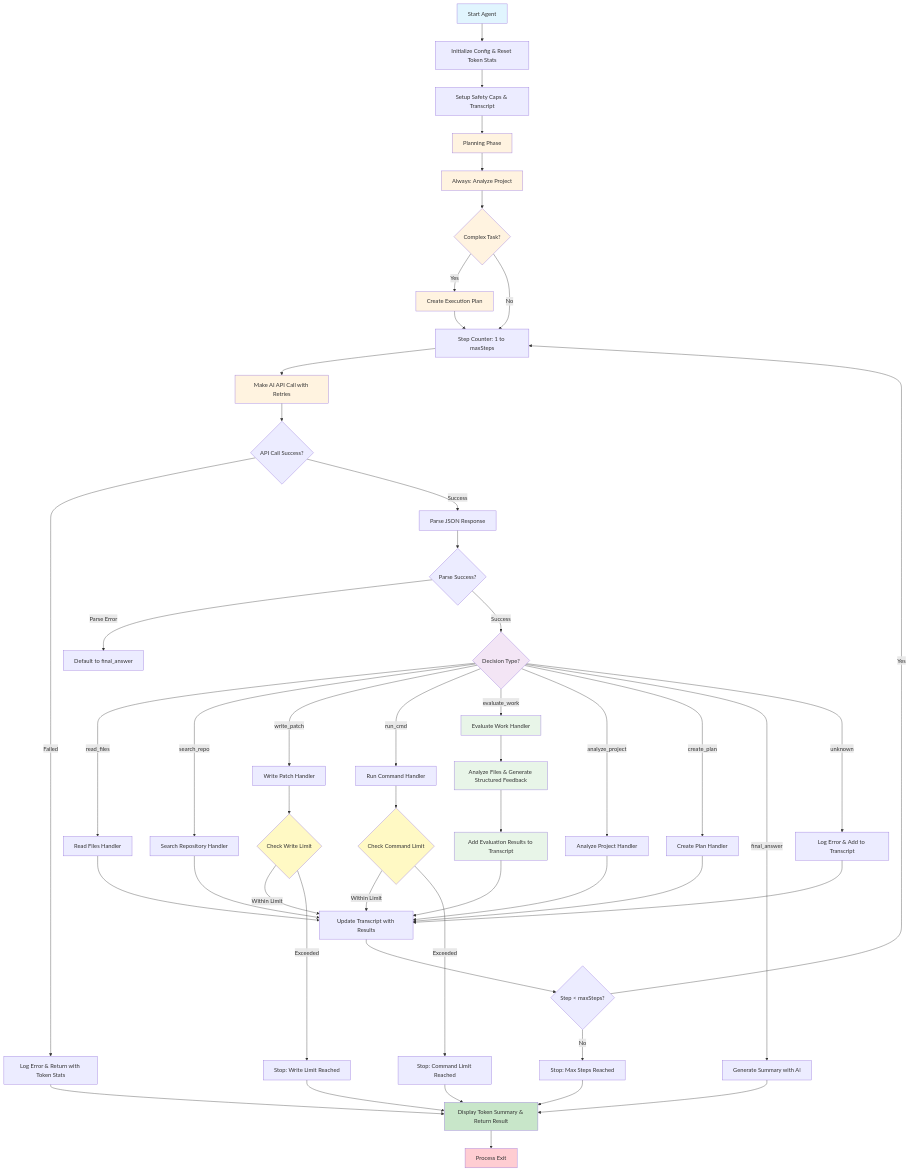
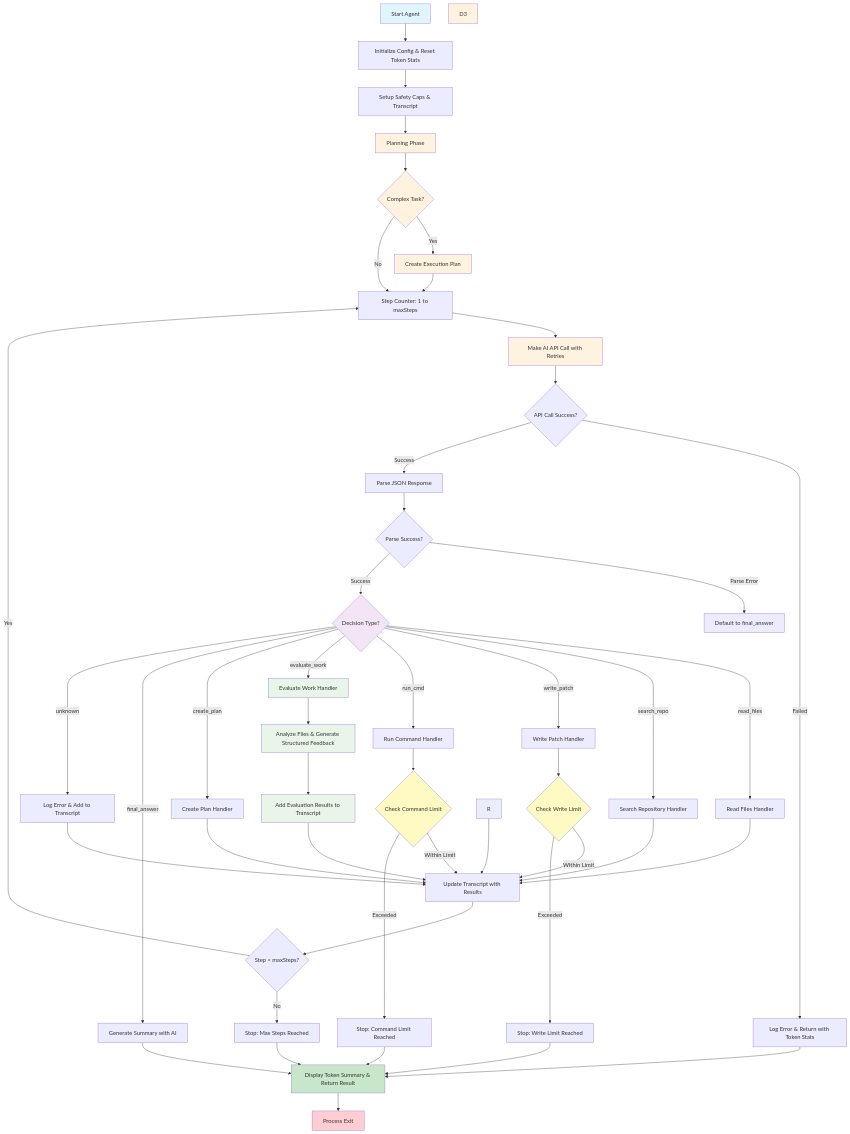
Before and after one commit to devhelpr/form-agent: the second of 2 diagrams in readme.md, drawn with Mermaid. The commit also changed other lines of this file and 7 other files, not shown here.

First line of the commit message:
Refactor project analysis handling and remove analyze_project action

````diff
--- a/readme.md
+++ b/readme.md
@@ -100,75 +94,73 @@
 ```mermaid
 flowchart TD
     A[Start Agent] --> B[Initialize Config & Reset Token Stats]
     B --> C[Setup Safety Caps & Transcript]
     C --> D[Planning Phase]
     
-    D --> D1[Always: Analyze Project]
-    D1 --> D2{Complex Task?}
-    D2 -->|Yes| D3[Create Execution Plan]
-    D2 -->|No| E
-    D3 --> E[Step Counter: 1 to maxSteps]
+    D --> D1{Complex Task?}
+    D1 -->|Yes| D2[Create Execution Plan]
+    D1 -->|No| E
+    D2 --> E[Step Counter: 1 to maxSteps]
     
     E --> F[Make AI API Call with Retries]
     
     F --> G{API Call Success?}
     G -->|Failed| H[Log Error & Return with Token Stats]
     G -->|Success| I[Parse JSON Response]
     
     I --> J{Parse Success?}
     J -->|Parse Error| K[Default to final_answer]
     J -->|Success| L{Decision Type?}
     
     L -->|read_files| M[Read Files Handler]
     L -->|search_repo| N[Search Repository Handler]
     L -->|write_patch| O[Write Patch Handler]
     L -->|run_cmd| P[Run Command Handler]
     L -->|evaluate_work| Q[Evaluate Work Handler]
-    L -->|analyze_project| R[Analyze Project Handler]
     L -->|create_plan| S[Create Plan Handler]
     L -->|final_answer| T[Generate Summary with AI]
     L -->|unknown| U[Log Error & Add to Transcript]
     
     M --> V[Update Transcript with Results]
     N --> V
     O --> W{Check Write Limit}
     P --> X{Check Command Limit}
     Q --> Y[Analyze Files & Generate Structured Feedback]
     R --> V
     S --> V
     U --> V
     
     W -->|Within Limit| V
     W -->|Exceeded| Z[Stop: Write Limit Reached]
     X -->|Within Limit| V
     X -->|Exceeded| AA[Stop: Command Limit Reached]
     
     Y --> AB[Add Evaluation Results to Transcript]
     AB --> V
     
     V --> AC{Step < maxSteps?}
     AC -->|Yes| E
     AC -->|No| AD[Stop: Max Steps Reached]
     
     T --> AE[Display Token Summary & Return Result]
     Z --> AE
     AA --> AE
     AD --> AE
     H --> AE
     AE --> AF[Process Exit]
     
     style A fill:#e1f5fe
     style D fill:#fff3e0
     style D1 fill:#fff3e0
     style D2 fill:#fff3e0
     style D3 fill:#fff3e0
     style AE fill:#c8e6c9
     style AF fill:#ffcdd2
     style F fill:#fff3e0
     style L fill:#f3e5f5
     style Q fill:#e8f5e8
     style Y fill:#e8f5e8
     style AB fill:#e8f5e8
     style W fill:#fff9c4
     style X fill:#fff9c4
 ```
````
